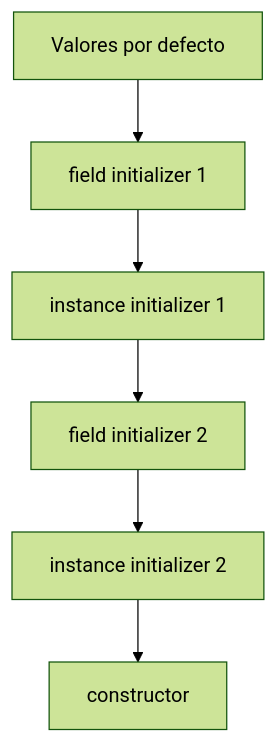
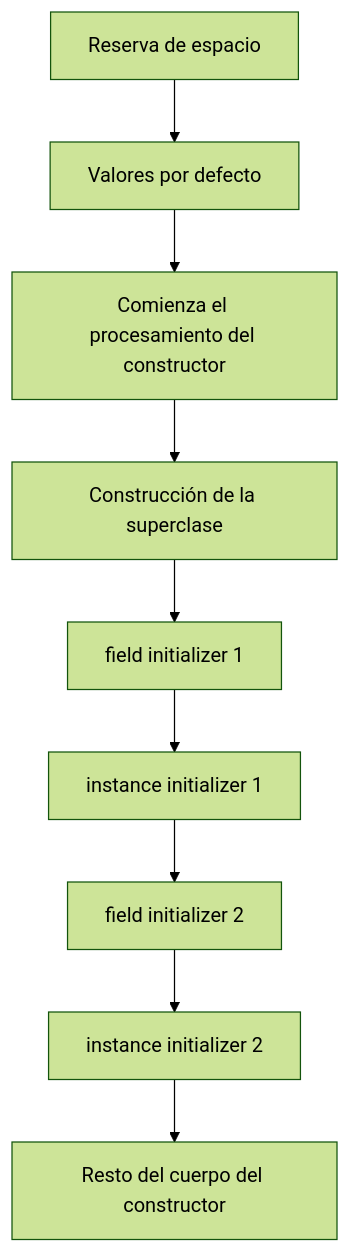
Before and after one commit to apuntesdejava/java21-a-fondo: the fifth of 6 diagrams in building-blocks/03-objects-references-construction/README.md, drawn with Mermaid (forest theme). The commit also changed other lines of this file and 4 other files, not shown here.

````diff
--- a/building-blocks/03-objects-references-construction/README.md
+++ b/building-blocks/03-objects-references-construction/README.md
@@ -292,8 +344,11 @@
 ```mermaid
 flowchart TD
-    A["Valores por defecto"] --> B["field initializer 1"]
-    B --> C["instance initializer 1"]
-    C --> D["field initializer 2"]
-    D --> E["instance initializer 2"]
-    E --> F["constructor"]
+    A["Reserva de espacio"] --> B["Valores por defecto"]
+    B --> C["Comienza el procesamiento del constructor"]
+    C --> D["Construcción de la superclase"]
+    D --> E["field initializer 1"]
+    E --> F["instance initializer 1"]
+    F --> G["field initializer 2"]
+    G --> H["instance initializer 2"]
+    H --> I["Resto del cuerpo del constructor"]
 ```
````
